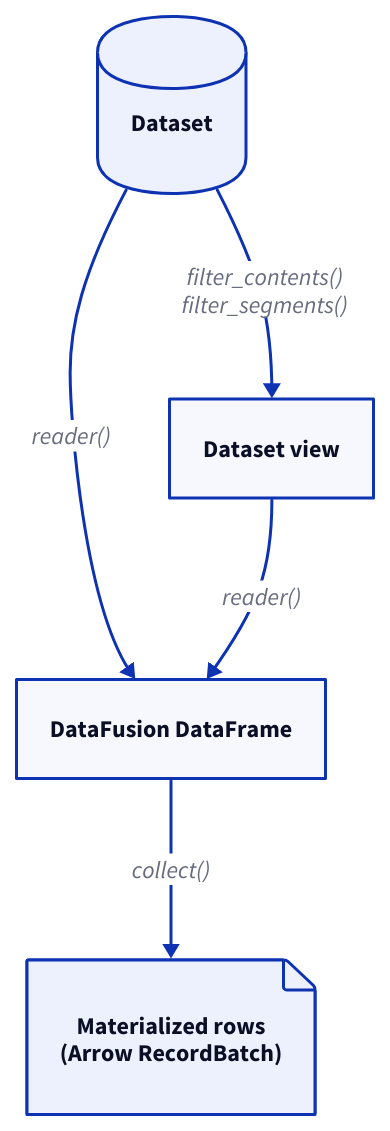
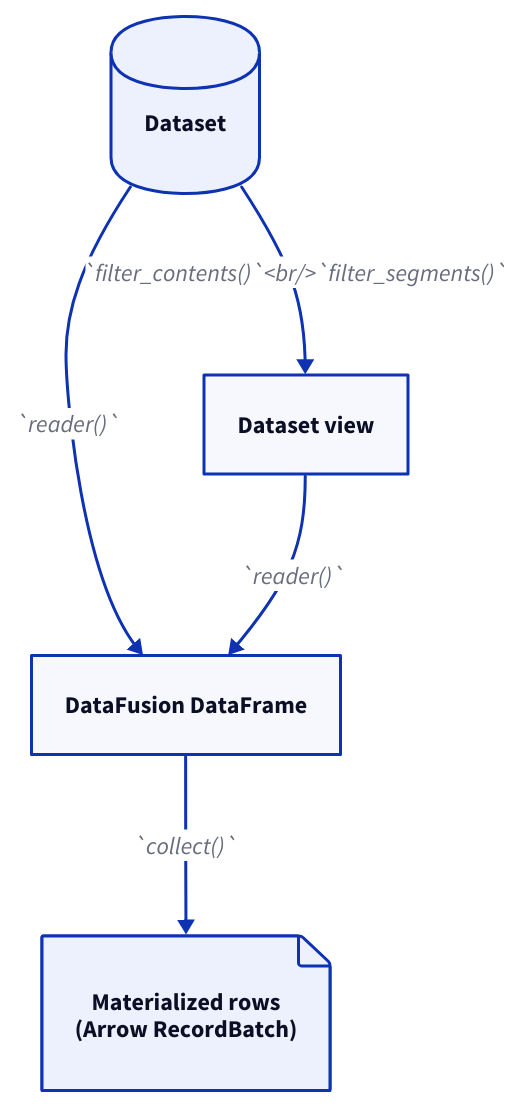
One commit to kp-forks/rerun changed the diagram in docs/content/concepts/query-and-transform/dataframe-queries.md. Above: the diagram before and after it, drawn with D2.

Commit message:
Fix code formating in d2 diagram
Minor formatting fix in a d2 diagram.

Source-Ref: 23c8245600af9d0573f3ea47a590c9c24e6ba9d5

````diff
--- a/docs/content/concepts/query-and-transform/dataframe-queries.md
+++ b/docs/content/concepts/query-and-transform/dataframe-queries.md
@@ -72,26 +72,26 @@
 ```d2
 direction: down
 
 Dataset: {
   shape: cylinder
 }
 
 view: {
   label: "Dataset view"
 }
 
 DataFrame: {
   label: "DataFusion DataFrame"
 }
 
 Result: {
   label: "Materialized rows\n(Arrow RecordBatch)"
   shape: page
 }
 
 
-Dataset -> view: "filter_contents()\nfilter_segments()"
-Dataset -> DataFrame: "reader()"
-view -> DataFrame: "reader()"
-DataFrame -> Result: "collect()"
+Dataset -> view: |md `filter_contents()`<br/>`filter_segments()` |
+Dataset -> DataFrame: |md `reader()` |
+view -> DataFrame: |md `reader()` |
+DataFrame -> Result: |md `collect()` |
 ```
````
